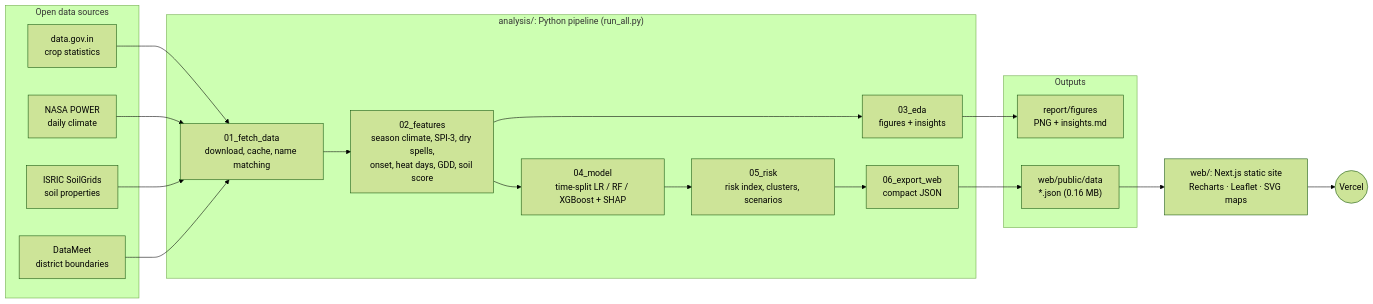
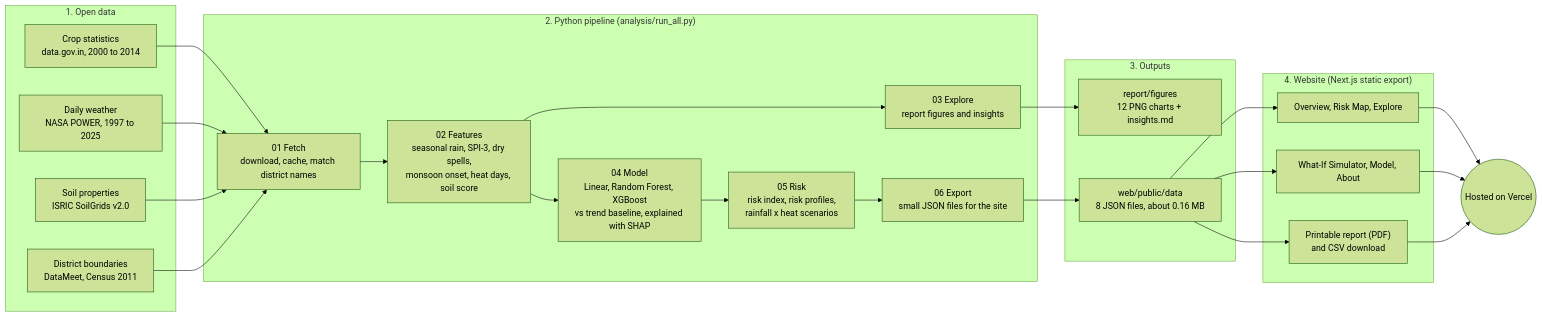
One commit to mayank-kumar-27/KrishiRisk changed the diagram in README.md. Above: the diagram before and after it, drawn with Mermaid (forest theme). The commit also changed other lines of this file and 9 other files, not shown here.

````diff
--- a/README.md
+++ b/README.md
@@ -40,27 +54,34 @@
 ```mermaid
 flowchart LR
-  subgraph Sources["Open data sources"]
-    A1["data.gov.in<br/>crop statistics"]
-    A2["NASA POWER<br/>daily climate"]
-    A3["ISRIC SoilGrids<br/>soil properties"]
-    A4["DataMeet<br/>district boundaries"]
+  subgraph SRC["1. Open data"]
+    A1["Crop statistics<br/>data.gov.in, 2000 to 2014"]
+    A2["Daily weather<br/>NASA POWER, 1997 to 2025"]
+    A3["Soil properties<br/>ISRIC SoilGrids v2.0"]
+    A4["District boundaries<br/>DataMeet, Census 2011"]
   end
-  subgraph Pipeline["analysis/: Python pipeline (run_all.py)"]
-    P1["01_fetch_data<br/>download, cache, name matching"]
-    P2["02_features<br/>season climate, SPI-3, dry spells,<br/>onset, heat days, GDD, soil score"]
-    P3["03_eda<br/>figures + insights"]
-    P4["04_model<br/>time-split LR / RF / XGBoost + SHAP"]
-    P5["05_risk<br/>risk index, clusters, scenarios"]
-    P6["06_export_web<br/>compact JSON"]
+  subgraph PIPE["2. Python pipeline (analysis/run_all.py)"]
+    P1["01 Fetch<br/>download, cache, match district names"]
+    P2["02 Features<br/>seasonal rain, SPI-3, dry spells,<br/>monsoon onset, heat days, soil score"]
+    P3["03 Explore<br/>report figures and insights"]
+    P4["04 Model<br/>Linear, Random Forest, XGBoost<br/>vs trend baseline, explained with SHAP"]
+    P5["05 Risk<br/>risk index, risk profiles,<br/>rainfall x heat scenarios"]
+    P6["06 Export<br/>small JSON files for the site"]
   end
-  subgraph Outputs
-    O1["report/figures<br/>PNG + insights.md"]
-    O2["web/public/data<br/>*.json (0.16 MB)"]
+  subgraph OUT["3. Outputs"]
+    O1["report/figures<br/>12 PNG charts + insights.md"]
+    O2["web/public/data<br/>8 JSON files, about 0.16 MB"]
   end
-  W["web/: Next.js static site<br/>Recharts · Leaflet · SVG maps"]
-  V(("Vercel"))
-  A1 & A2 & A3 & A4 --> P1 --> P2 --> P3 & P4
+  subgraph WEB["4. Website (Next.js static export)"]
+    W1["Overview, Risk Map, Explore"]
+    W2["What-If Simulator, Model, About"]
+    W3["Printable report (PDF)<br/>and CSV download"]
+  end
+  V(("Hosted on Vercel"))
+  A1 & A2 & A3 & A4 --> P1 --> P2
+  P2 --> P3 & P4
   P4 --> P5 --> P6
   P3 --> O1
-  P6 --> O2 --> W --> V
+  P6 --> O2
+  O2 --> W1 & W2 & W3
+  W1 & W2 & W3 --> V
 ```
````
